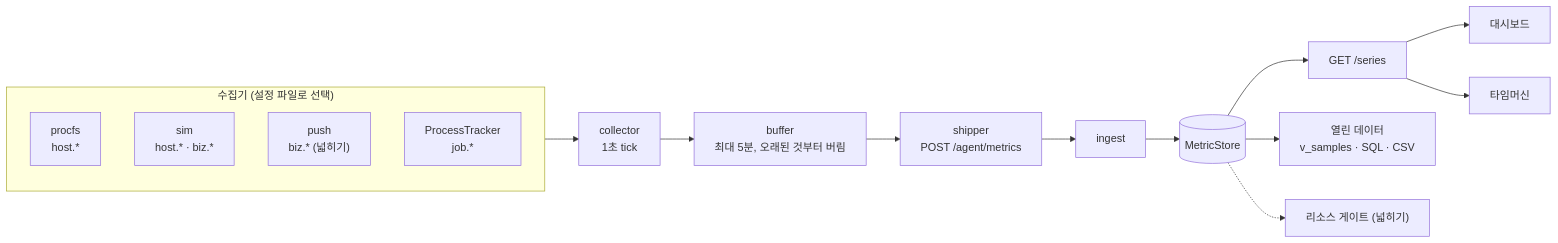
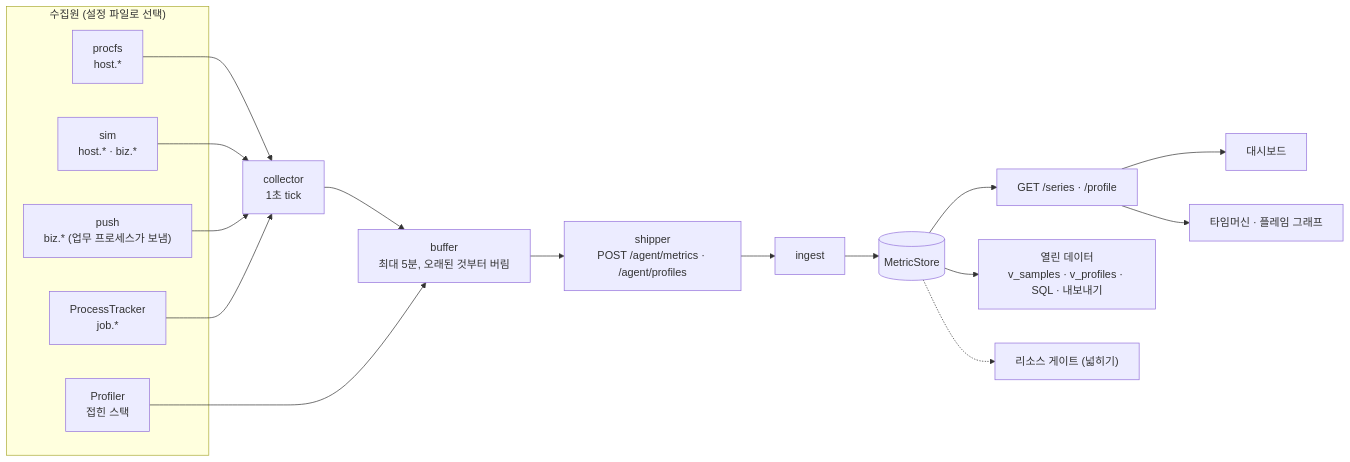
The second of 3 diagrams in docs/02-mvp-architecture.md (bulletgirls/contune), drawn with Mermaid before and after one commit. The commit also changed other lines of this file and 3 other files, not shown here.

First line of the commit message:
docs: 함수 단위 추적과 플로우 그래프를 핵심 개념으로 반영

````diff
--- a/docs/02-mvp-architecture.md
+++ b/docs/02-mvp-architecture.md
@@ -101,15 +108,18 @@
 ```mermaid
 flowchart LR
-  subgraph SRC["수집기 (설정 파일로 선택)"]
+  subgraph SRC["수집원 (설정 파일로 선택)"]
     A1["procfs<br/>host.*"]
     A2["sim<br/>host.* · biz.*"]
-    A3["push<br/>biz.* (넓히기)"]
+    A3["push<br/>biz.* (업무 프로세스가 보냄)"]
     A4["ProcessTracker<br/>job.*"]
+    A5["Profiler<br/>접힌 스택"]
   end
-  SRC --> C["collector<br/>1초 tick"] --> B["buffer<br/>최대 5분, 오래된 것부터 버림"] --> SH["shipper<br/>POST /agent/metrics"]
-  SH --> IN["ingest"] --> ST[("MetricStore")] --> QA["GET /series"]
+  A1 & A2 & A3 & A4 --> C["collector<br/>1초 tick"] --> B["buffer<br/>최대 5분, 오래된 것부터 버림"]
+  A5 --> B
+  B --> SH["shipper<br/>POST /agent/metrics · /agent/profiles"]
+  SH --> IN["ingest"] --> ST[("MetricStore")] --> QA["GET /series · /profile"]
   QA --> UI1["대시보드"]
-  QA --> UI2["타임머신"]
-  ST --> OD["열린 데이터<br/>v_samples · SQL · CSV"]
+  QA --> UI2["타임머신 · 플레임 그래프"]
+  ST --> OD["열린 데이터<br/>v_samples · v_profiles · SQL · 내보내기"]
   ST -.-> G["리소스 게이트 (넓히기)"]
 ```
````
